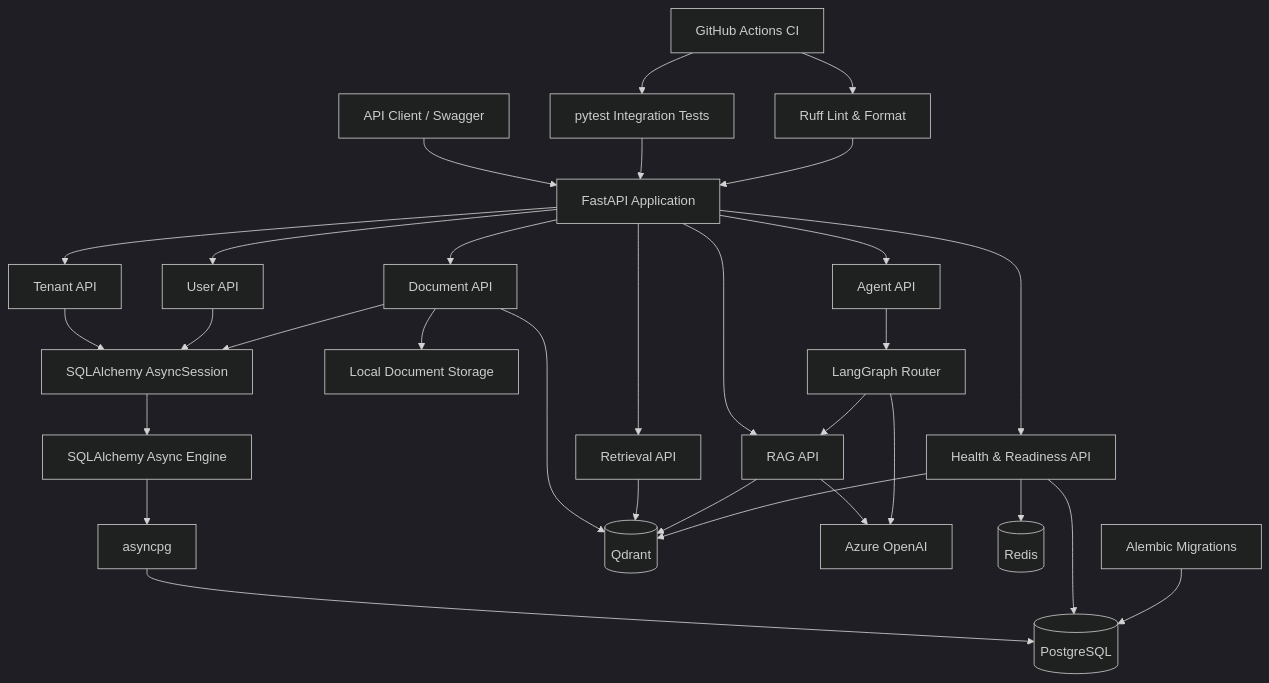
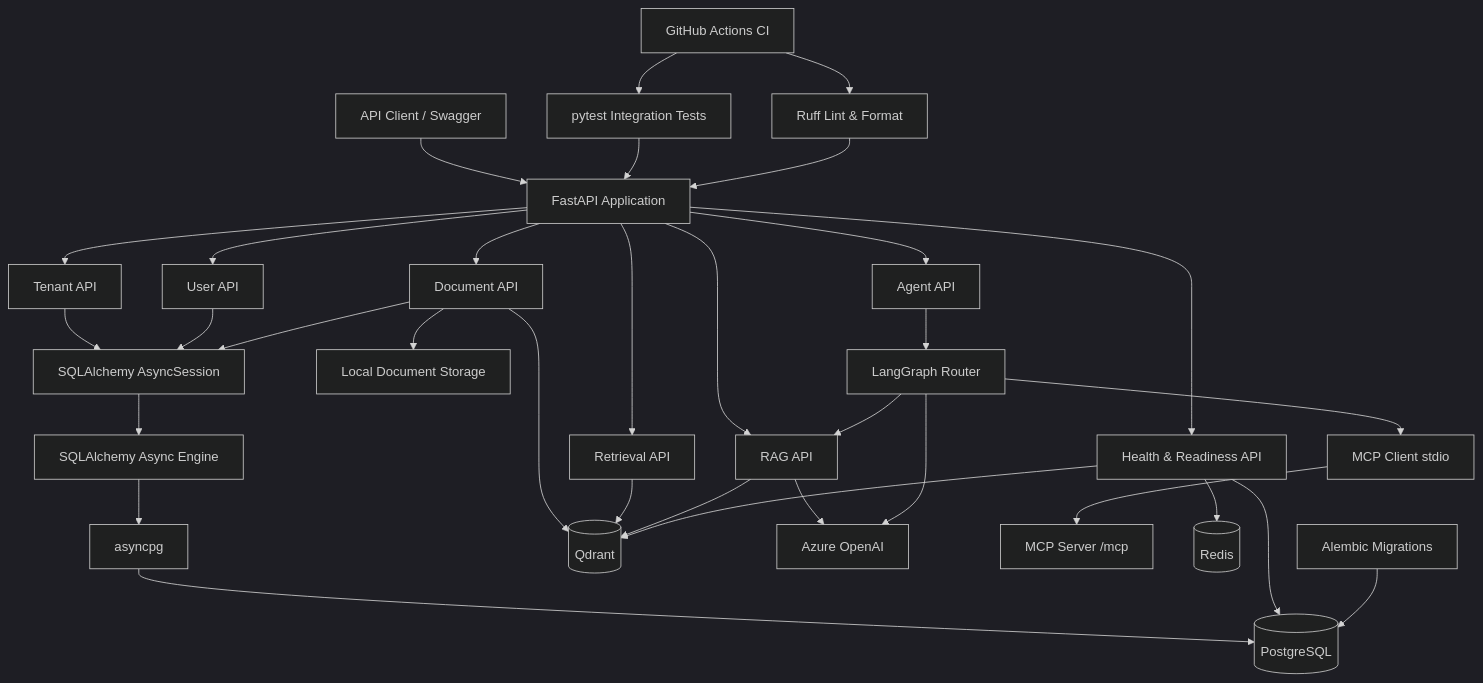
The diagram in README.md (kkureli/enterprise-agentic-ai-platform), drawn with Mermaid (dark theme) before and after one commit. The commit also changed other lines of this file and 15 other files, not shown here.

````diff
--- a/README.md
+++ b/README.md
@@ -56,44 +61,46 @@
 ```mermaid
 flowchart TD
     Client[API Client / Swagger]
 
     Client --> FastAPI[FastAPI Application]
 
     FastAPI --> TenantAPI[Tenant API]
     FastAPI --> UserAPI[User API]
     FastAPI --> DocumentAPI[Document API]
     FastAPI --> RetrievalAPI[Retrieval API]
     FastAPI --> RagAPI[RAG API]
     FastAPI --> AgentAPI[Agent API]
     FastAPI --> HealthAPI[Health & Readiness API]
 
     TenantAPI --> Session[SQLAlchemy AsyncSession]
     UserAPI --> Session
     DocumentAPI --> Session
 
     Session --> Engine[SQLAlchemy Async Engine]
     Engine --> AsyncPG[asyncpg]
     AsyncPG --> PostgreSQL[(PostgreSQL)]
 
     DocumentAPI --> Storage[Local Document Storage]
     DocumentAPI --> Qdrant[(Qdrant)]
     RetrievalAPI --> Qdrant
     RagAPI --> Qdrant
     RagAPI --> Azure[Azure OpenAI]
     AgentAPI --> LangGraph[LangGraph Router]
     LangGraph --> RagAPI
+    LangGraph --> MCPClient[MCP Client stdio]
+    MCPClient --> MCPServer[MCP Server /mcp]
     LangGraph --> Azure
 
     HealthAPI --> PostgreSQL
     HealthAPI --> Redis[(Redis)]
     HealthAPI --> Qdrant
 
     Alembic[Alembic Migrations] --> PostgreSQL
 
     Pytest[pytest Integration Tests] --> FastAPI
     Ruff[Ruff Lint & Format] --> FastAPI
 
     GitHub[GitHub Actions CI]
     GitHub --> Ruff
     GitHub --> Pytest
 ```
````
